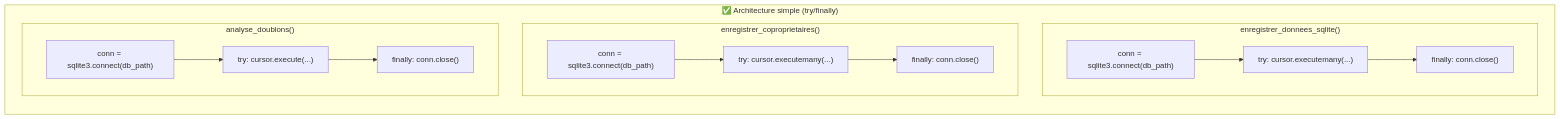
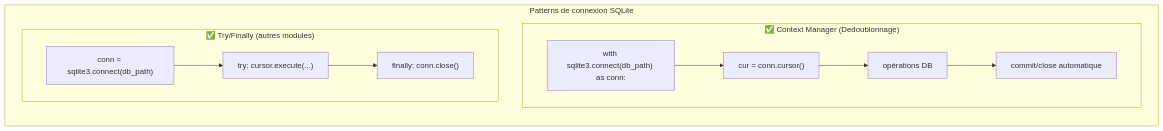
One commit to therealcorwin/CPTCOPRO changed the third of 6 diagrams in reports/call_graph.md. Above: the diagram before and after it, drawn with Mermaid. The commit also changed other lines of this file, not shown here.

Commit message:
feat: Mettre à jour le graphe des appels pour inclure les nouvelles fonctions de validation et de création

````diff
--- a/reports/call_graph.md
+++ b/reports/call_graph.md
@@ -260,27 +263,21 @@
 ```mermaid
 flowchart TB
-    subgraph Architecture["✅ Architecture simple (try/finally)"]
+    subgraph Architecture["Patterns de connexion SQLite"]
         direction TB
         
-        subgraph Func1["enregistrer_donnees_sqlite()"]
+        subgraph ContextManager["✅ Context Manager (Dedoublonnage)"]
+            cm_with["with sqlite3.connect(db_path) as conn:"]
+            cm_cur["cur = conn.cursor()"]
+            cm_ops["opérations DB"]
+            cm_auto["commit/close automatique"]
+            cm_with --> cm_cur --> cm_ops --> cm_auto
+        end
+        
+        subgraph TryFinally["✅ Try/Finally (autres modules)"]
             conn1["conn = sqlite3.connect(db_path)"]
-            try1["try: cursor.executemany(...)"]
+            try1["try: cursor.execute(...)"]
             finally1["finally: conn.close()"]
             conn1 --> try1 --> finally1
         end
-        
-        subgraph Func2["enregistrer_coproprietaires()"]
-            conn2["conn = sqlite3.connect(db_path)"]
-            try2["try: cursor.executemany(...)"]
-            finally2["finally: conn.close()"]
-            conn2 --> try2 --> finally2
-        end
-        
-        subgraph Func3["analyse_doublons()"]
-            conn3["conn = sqlite3.connect(db_path)"]
-            try3["try: cursor.execute(...)"]
-            finally3["finally: conn.close()"]
-            conn3 --> try3 --> finally3
-        end
     end
 ```
````
